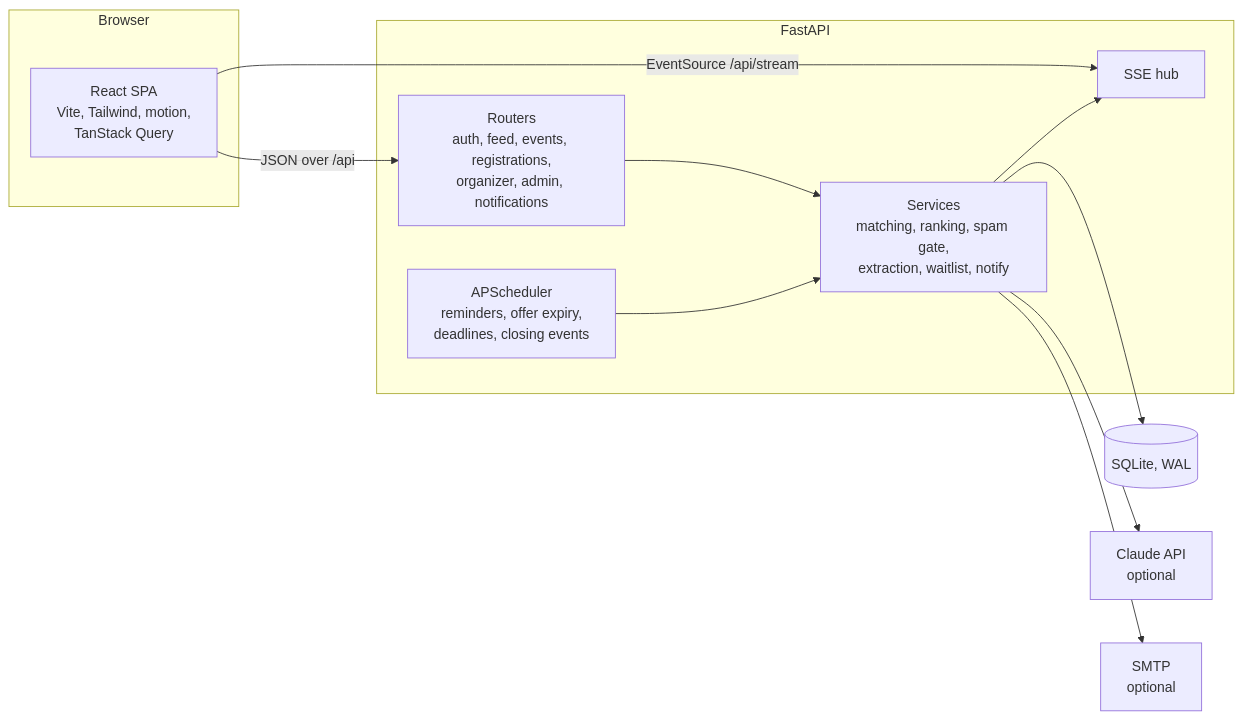
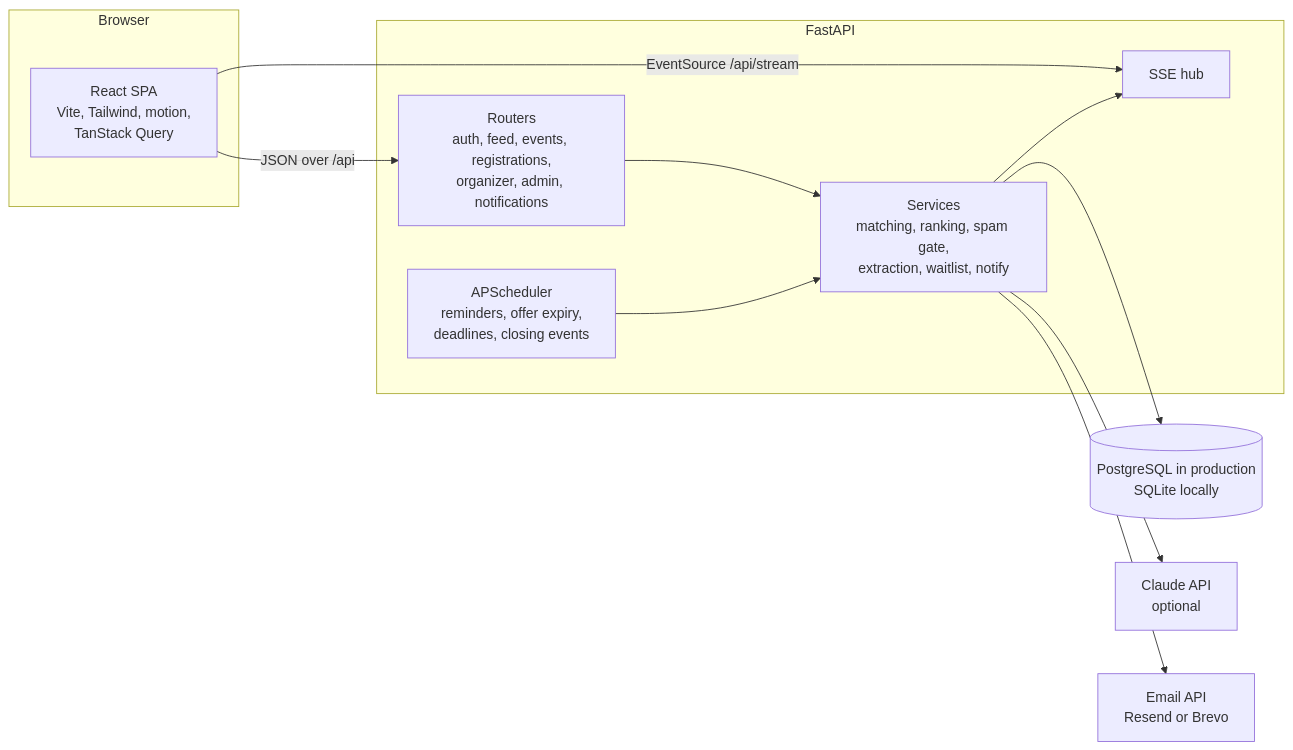
One commit to Gayathri-0315/CodeX_Keerthana changed the diagram in README.md. Above: the diagram before and after it, drawn with Mermaid. The commit also changed other lines of this file and 61 other files, not shown here.

First line of the commit message:
Real product mode: remove demo, PostgreSQL + Alembic, real auth

````diff
--- a/README.md
+++ b/README.md
@@ -84,22 +91,22 @@
 ```mermaid
 flowchart LR
   subgraph Browser
     SPA[React SPA<br/>Vite, Tailwind, motion,<br/>TanStack Query]
   end
   subgraph API[FastAPI]
     R[Routers<br/>auth, feed, events, registrations,<br/>organizer, admin, notifications]
     S[Services<br/>matching, ranking, spam gate,<br/>extraction, waitlist, notify]
     J[APScheduler<br/>reminders, offer expiry,<br/>deadlines, closing events]
     H[SSE hub]
   end
-  DB[(SQLite, WAL)]
+  DB[(PostgreSQL in production<br/>SQLite locally)]
   C[Claude API<br/>optional]
-  M[SMTP<br/>optional]
+  M[Email API<br/>Resend or Brevo]
   SPA -- JSON over /api --> R
   SPA -- EventSource /api/stream --> H
   R --> S --> DB
   J --> S
   S --> H
   S --> C
   S --> M
 ```
````
